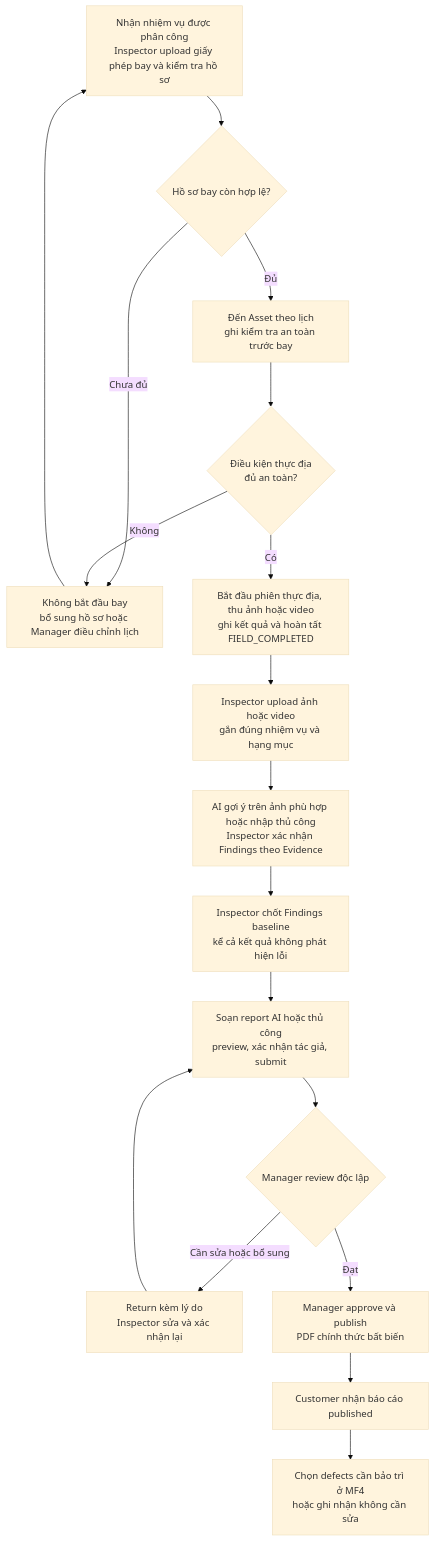
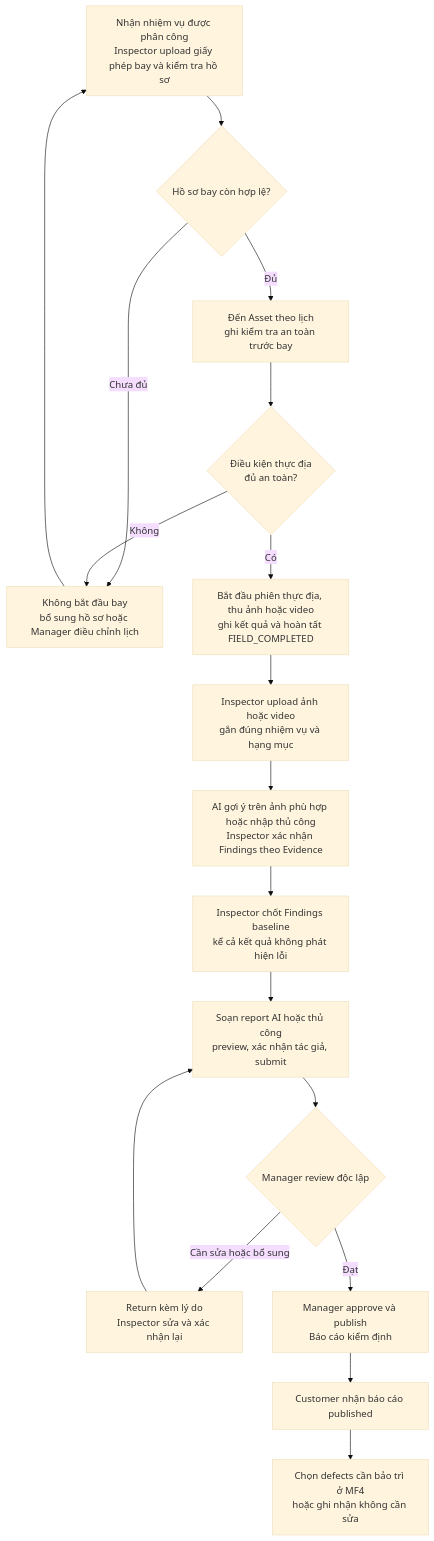
Before and after one commit to josecerejo/SmartDroneInspection-Docs: the fifth of 6 diagrams in bao-cao-thay-doi-mainflows-5-roles.md, drawn with Mermaid (base theme). The commit also changed other lines of this file and 30 other files, not shown here.

````diff
--- a/bao-cao-thay-doi-mainflows-5-roles.md
+++ b/bao-cao-thay-doi-mainflows-5-roles.md
@@ -301,20 +301,20 @@
 ```mermaid
 flowchart TD
   P["Nhận nhiệm vụ được phân công<br/>Inspector upload giấy phép bay và kiểm tra hồ sơ"] --> Q{"Hồ sơ bay còn hợp lệ?"}
   Q -->|"Chưa đủ"| R["Không bắt đầu bay<br/>bổ sung hồ sơ hoặc Manager điều chỉnh lịch"]
   R --> P
   Q -->|"Đủ"| S["Đến Asset theo lịch<br/>ghi kiểm tra an toàn trước bay"]
   S --> V{"Điều kiện thực địa<br/>đủ an toàn?"}
   V -->|"Không"| R
   V -->|"Có"| U["Bắt đầu phiên thực địa, thu ảnh hoặc video<br/>ghi kết quả và hoàn tất FIELD_COMPLETED"]
   U --> A["Inspector upload ảnh hoặc video<br/>gắn đúng nhiệm vụ và hạng mục"]
   A --> B["AI gợi ý trên ảnh phù hợp hoặc nhập thủ công<br/>Inspector xác nhận Findings theo Evidence"]
   B --> C["Inspector chốt Findings baseline<br/>kể cả kết quả không phát hiện lỗi"]
   C --> D["Soạn report AI hoặc thủ công<br/>preview, xác nhận tác giả, submit"]
   D --> E{"Manager review độc lập"}
   E -->|"Cần sửa hoặc bổ sung"| F["Return kèm lý do<br/>Inspector sửa và xác nhận lại"]
   F --> D
-  E -->|"Đạt"| G["Manager approve và publish<br/>PDF chính thức bất biến"]
+  E -->|"Đạt"| G["Manager approve và publish<br/>Báo cáo kiểm định"]
   G --> H["Customer nhận báo cáo published"]
   H --> J["Chọn defects cần bảo trì ở MF4<br/>hoặc ghi nhận không cần sửa"]
 ```
````
